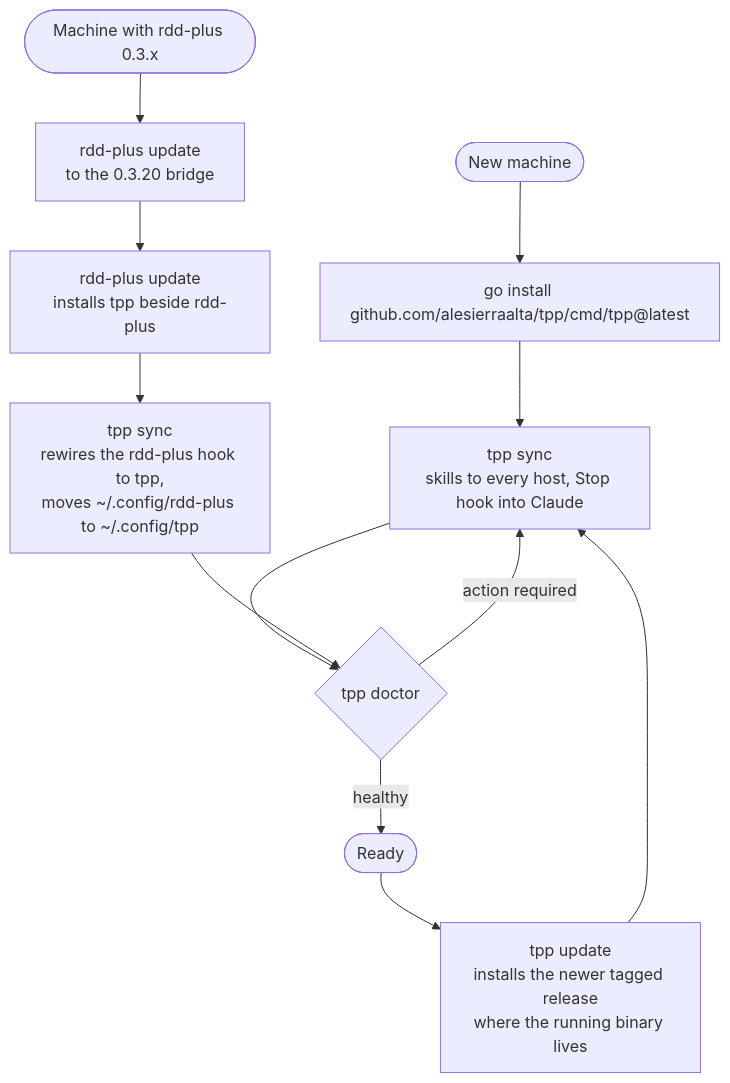
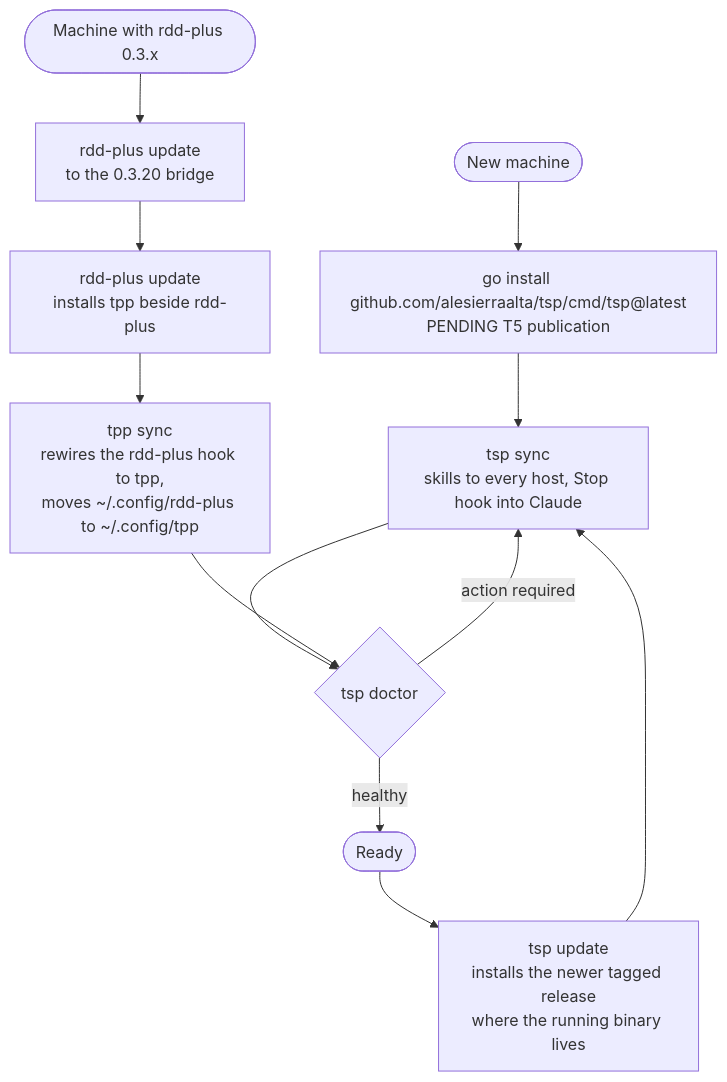
Before and after one commit to alesierraalta/tpp: the fourth of 4 diagrams in README.md, drawn with Mermaid. The commit also changed other lines of this file and 4 other files, not shown here.

Commit message:
docs(tsp): align current guidance and preserve TPP bridge requirements

````diff
--- a/README.md
+++ b/README.md
@@ -114,14 +114,14 @@
 ```mermaid
 flowchart TD
-    new([New machine]) --> install[go install github.com/alesierraalta/tpp/cmd/tpp@latest]
-    install --> sync[tpp sync<br/>skills to every host, Stop hook into Claude]
-    sync --> doctor{tpp doctor}
+    new([New machine]) --> install[go install github.com/alesierraalta/tsp/cmd/tsp@latest<br/>PENDING T5 publication]
+    install --> sync[tsp sync<br/>skills to every host, Stop hook into Claude]
+    sync --> doctor{tsp doctor}
     doctor -- healthy --> use([Ready])
     doctor -- action required --> sync
-    use --> update[tpp update<br/>installs the newer tagged release<br/>where the running binary lives]
+    use --> update[tsp update<br/>installs the newer tagged release<br/>where the running binary lives]
     update --> sync
     old([Machine with rdd-plus 0.3.x]) --> bridge[rdd-plus update<br/>to the 0.3.20 bridge]
     bridge --> bridge2[rdd-plus update<br/>installs tpp beside rdd-plus]
     bridge2 --> migrate[tpp sync<br/>rewires the rdd-plus hook to tpp,<br/>moves ~/.config/rdd-plus to ~/.config/tpp]
     migrate --> doctor
 ```
````
